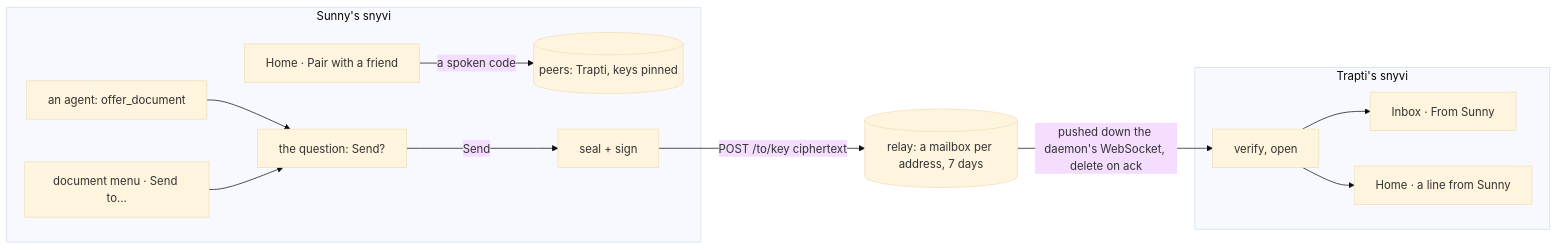
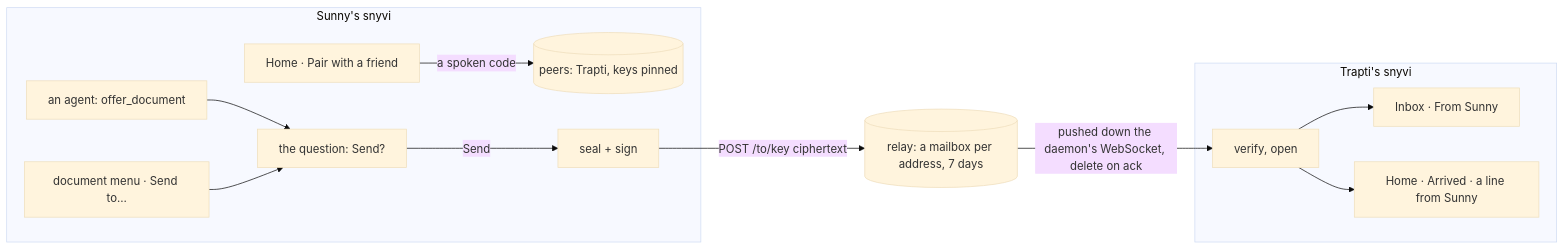
The first of 2 diagrams in docs/PEER.md (snymrova/snyvi), drawn with Mermaid (base theme) before and after one commit. The commit also changed other lines of this file and 10 other files, not shown here.

First line of the commit message:
Home leads with what arrived: no clock, the date in the head, friends only with a friend

````diff
--- a/docs/PEER.md
+++ b/docs/PEER.md
@@ -12,15 +12,15 @@
 ```mermaid
 flowchart LR
   subgraph S["Sunny's snyvi"]
     H[Home · Pair with a friend] -->|a spoken code| P[(peers: Trapti, keys pinned)]
     A[an agent: offer_document] --> Q[the question: Send?]
     M[document menu · Send to…] --> Q
     Q -->|Send| E[seal + sign]
   end
   E -->|POST /to/key ciphertext| W[(relay: a mailbox per address, 7 days)]
   W -->|pushed down the daemon's WebSocket, delete on ack| R
   subgraph T["Trapti's snyvi"]
     R[verify, open] --> I[Inbox · From Sunny]
-    R --> N[Home · a line from Sunny]
+    R --> N[Home · Arrived · a line from Sunny]
   end
 ```
````
